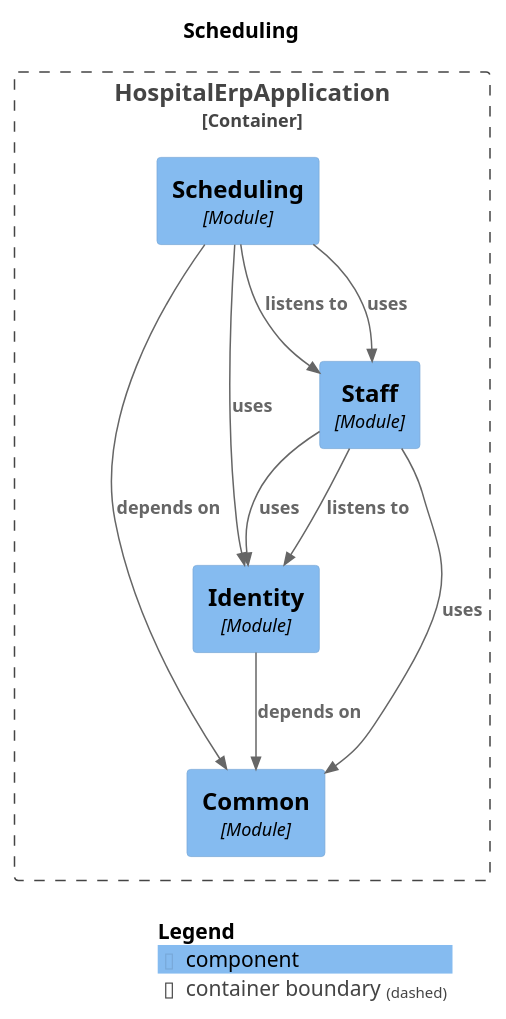
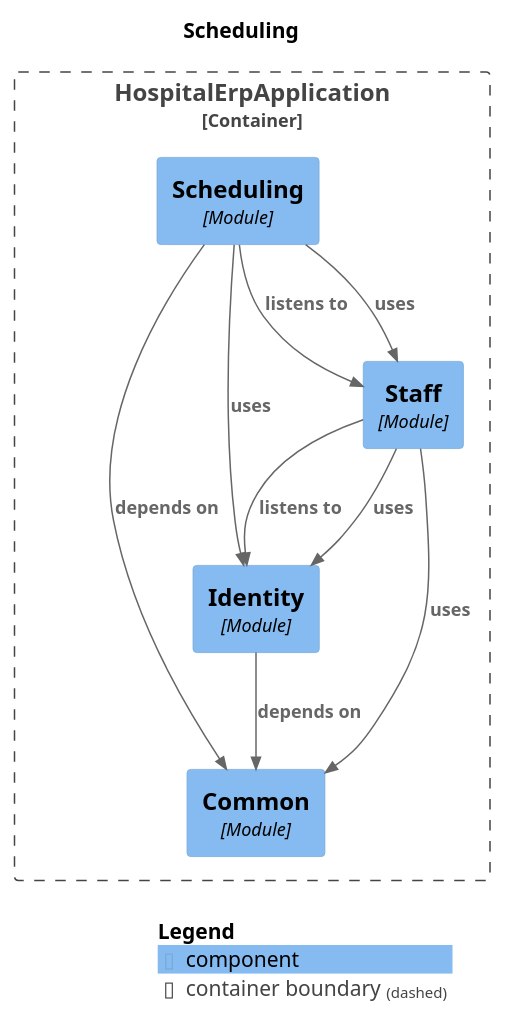
Before and after one commit to harshsharma5720/HospitalERP: the diagram in docs/modules/module-scheduling.puml, drawn with PlantUML. The commit also changed other lines of this file and 44 other files, not shown here.

```diff
--- a/docs/modules/module-scheduling.puml
+++ b/docs/modules/module-scheduling.puml
@@ -1,28 +1,28 @@
 @startuml
 set separator none
 title Scheduling
 
 top to bottom direction
 
 !include <C4/C4>
 !include <C4/C4_Context>
 !include <C4/C4_Component>
 
 Container_Boundary("HospitalErpApplication.HospitalErpApplication_boundary", "HospitalErpApplication", $tags="") {
   Component(HospitalErpApplication.HospitalErpApplication.Common, "Common", $techn="Module", $descr="", $tags="", $link="")
   Component(HospitalErpApplication.HospitalErpApplication.Identity, "Identity", $techn="Module", $descr="", $tags="", $link="")
   Component(HospitalErpApplication.HospitalErpApplication.Staff, "Staff", $techn="Module", $descr="", $tags="", $link="")
   Component(HospitalErpApplication.HospitalErpApplication.Scheduling, "Scheduling", $techn="Module", $descr="", $tags="", $link="")
 }
 
-Rel(HospitalErpApplication.HospitalErpApplication.Staff, HospitalErpApplication.HospitalErpApplication.Identity, "listens to", $techn="", $tags="", $link="")
 Rel(HospitalErpApplication.HospitalErpApplication.Staff, HospitalErpApplication.HospitalErpApplication.Identity, "uses", $techn="", $tags="", $link="")
 Rel(HospitalErpApplication.HospitalErpApplication.Staff, HospitalErpApplication.HospitalErpApplication.Common, "uses", $techn="", $tags="", $link="")
-Rel(HospitalErpApplication.HospitalErpApplication.Identity, HospitalErpApplication.HospitalErpApplication.Common, "depends on", $techn="", $tags="", $link="")
 Rel(HospitalErpApplication.HospitalErpApplication.Scheduling, HospitalErpApplication.HospitalErpApplication.Staff, "listens to", $techn="", $tags="", $link="")
 Rel(HospitalErpApplication.HospitalErpApplication.Scheduling, HospitalErpApplication.HospitalErpApplication.Common, "depends on", $techn="", $tags="", $link="")
 Rel(HospitalErpApplication.HospitalErpApplication.Scheduling, HospitalErpApplication.HospitalErpApplication.Staff, "uses", $techn="", $tags="", $link="")
 Rel(HospitalErpApplication.HospitalErpApplication.Scheduling, HospitalErpApplication.HospitalErpApplication.Identity, "uses", $techn="", $tags="", $link="")
+Rel(HospitalErpApplication.HospitalErpApplication.Identity, HospitalErpApplication.HospitalErpApplication.Common, "depends on", $techn="", $tags="", $link="")
+Rel(HospitalErpApplication.HospitalErpApplication.Staff, HospitalErpApplication.HospitalErpApplication.Identity, "listens to", $techn="", $tags="", $link="")
 
 SHOW_LEGEND(true)
 @enduml
```
